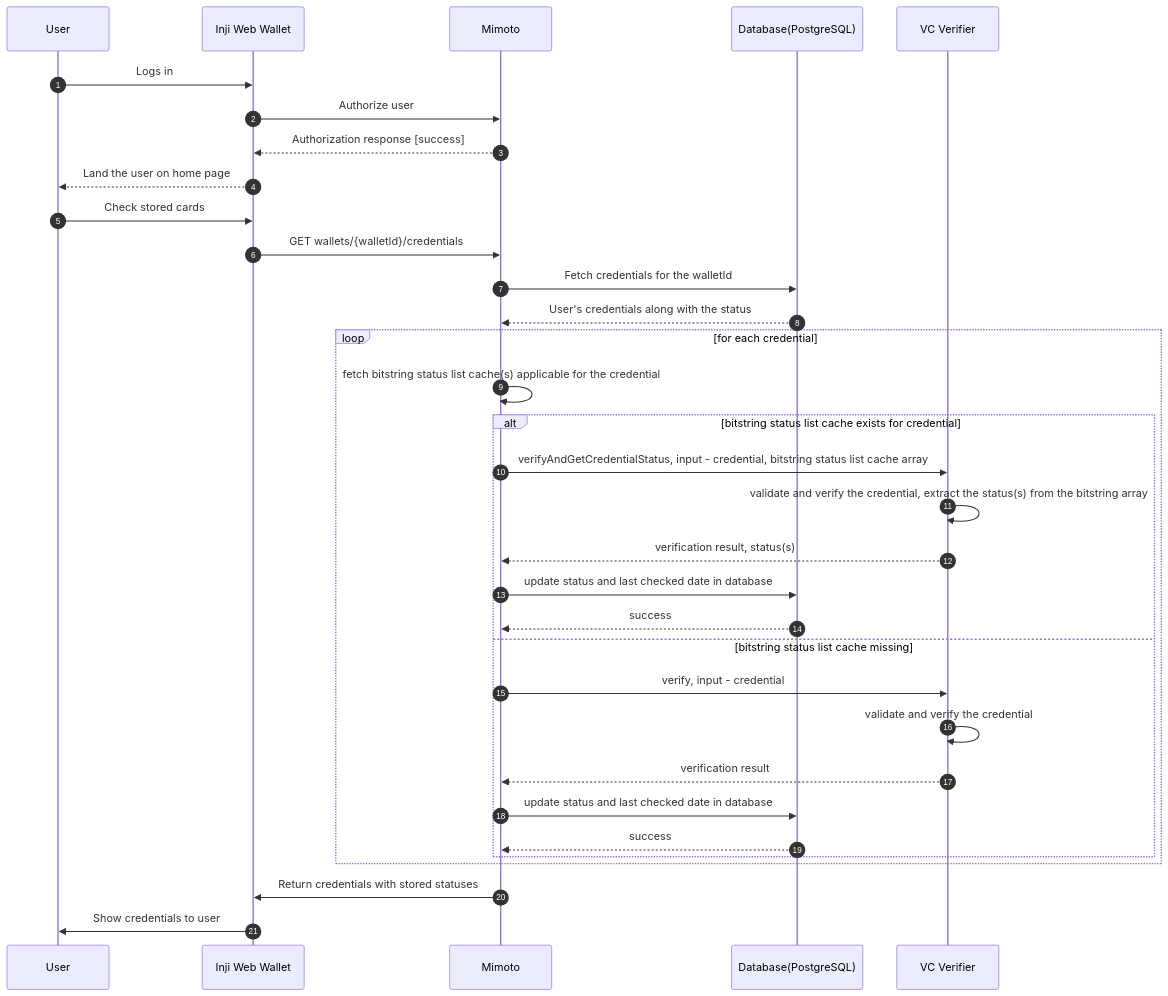
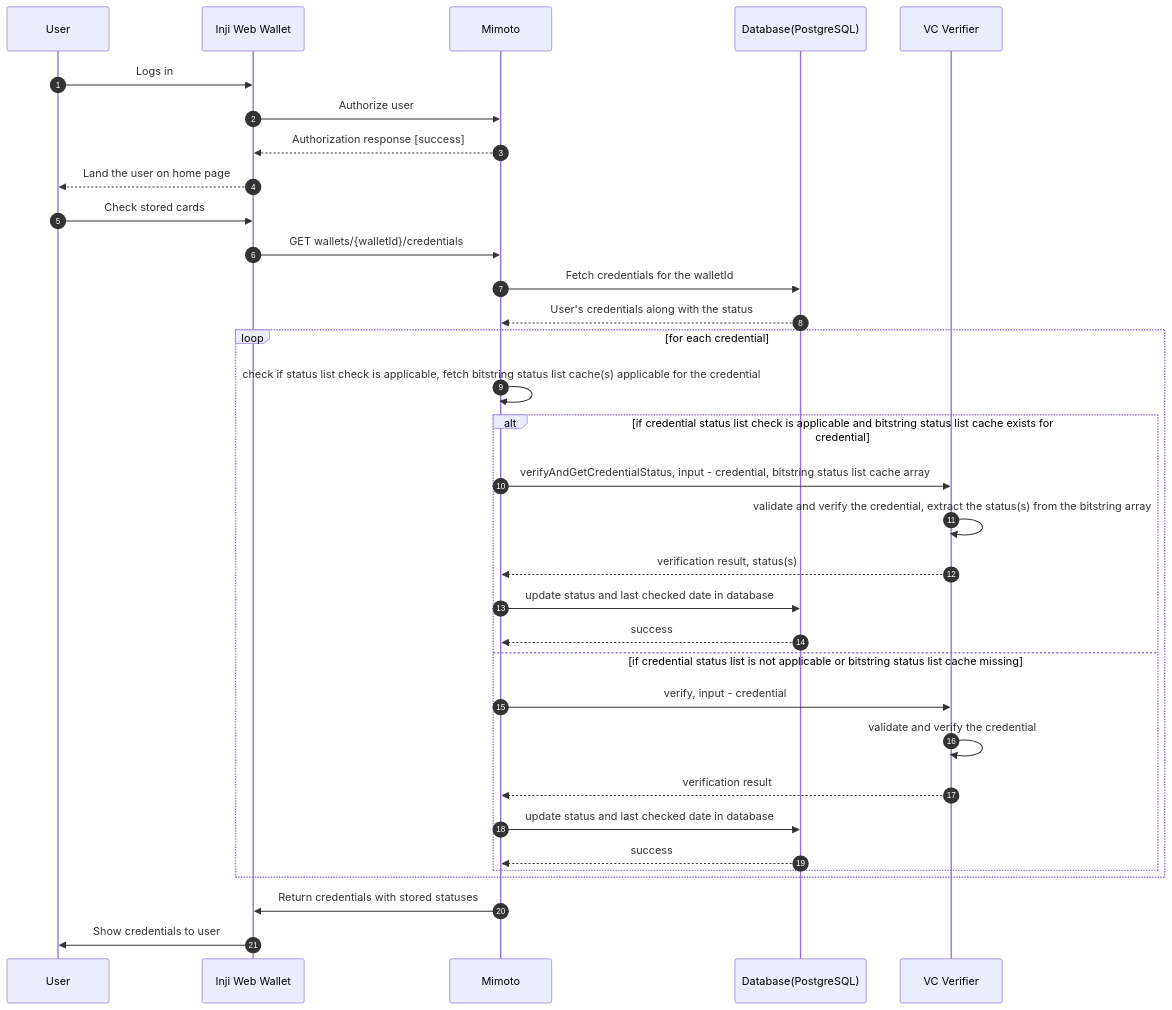
The first of 3 diagrams in docs/VCStatusCheckDesign.md (inji/mimoto), drawn with Mermaid before and after one commit. The commit also changed other lines of this file, not shown here.

Commit message:
[INJIWEB-1793] Remove extra decision flow from the sequence diagram, add caching strategy

````diff
--- a/docs/VCStatusCheckDesign.md
+++ b/docs/VCStatusCheckDesign.md
@@ -24,36 +24,36 @@
 ```mermaid
 sequenceDiagram
     autonumber
     participant User
     participant InjiWeb as Inji Web Wallet
     participant Mimoto
     participant Database as Database(PostgreSQL)
     participant VCVerifier as VC Verifier
 
     User->>InjiWeb: Logs in
     InjiWeb->>Mimoto: Authorize user
     Mimoto-->> InjiWeb: Authorization response [success]
     InjiWeb-->>User: Land the user on home page
     User->>InjiWeb: Check stored cards
     InjiWeb->>Mimoto: GET wallets/{walletId}/credentials
     Mimoto->>Database: Fetch credentials for the walletId
     Database-->>Mimoto: User's credentials along with the status
     loop for each credential
-        Mimoto->>Mimoto: fetch bitstring status list cache(s) applicable for the credential
-        alt bitstring status list cache exists for credential
+        Mimoto->>Mimoto: check if status list check is applicable, fetch bitstring status list cache(s) applicable for the credential
+        alt if credential status list check is applicable and bitstring status list cache exists for credential
             Mimoto->>VCVerifier: verifyAndGetCredentialStatus, input - credential, bitstring status list cache array
             VCVerifier->>VCVerifier: validate and verify the credential, extract the status(s) from the bitstring array
             VCVerifier-->>Mimoto: verification result, status(s)
             Mimoto->>Database: update status and last checked date in database
             Database-->>Mimoto: success
-        else bitstring status list cache missing
+        else if credential status list is not applicable or bitstring status list cache missing
             Mimoto->>VCVerifier:  verify, input - credential
             VCVerifier->>VCVerifier: validate and verify the credential
             VCVerifier-->>Mimoto: verification result
             Mimoto->>Database: update status and last checked date in database
             Database-->>Mimoto: success
         end
     end
     Mimoto->>InjiWeb: Return credentials with stored statuses
     InjiWeb->>User: Show credentials to user
 ```
````
